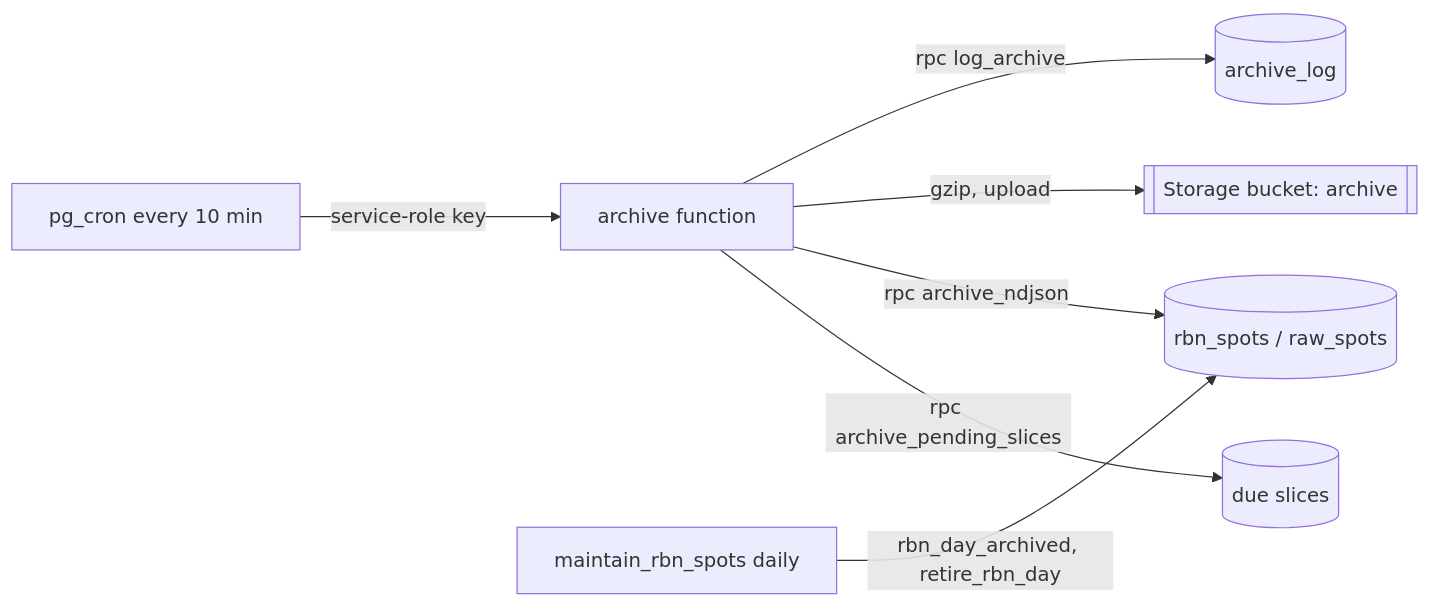
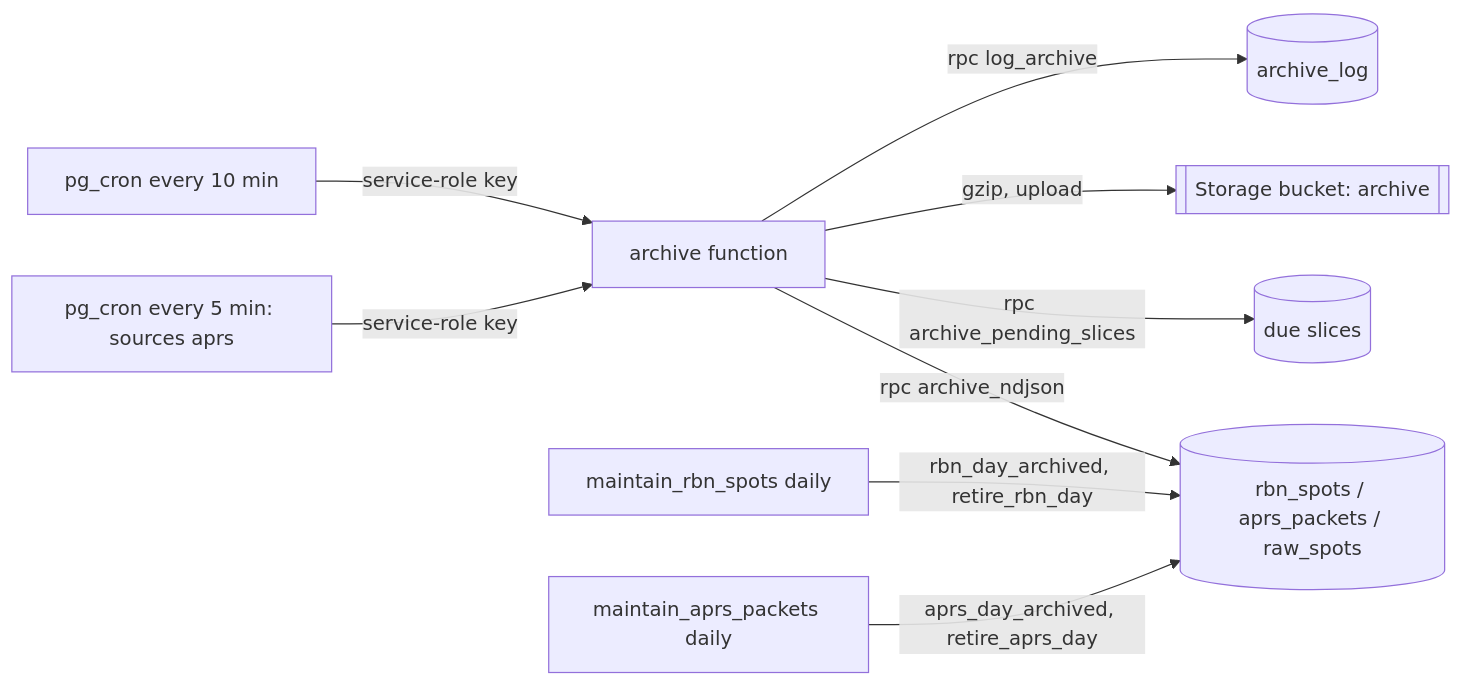
One commit to johnsonm/longlines changed the sixth of 11 diagrams in docs/ARCHITECTURE.md. Above: the diagram before and after it, drawn with Mermaid. The commit also changed other lines of this file and 37 other files, not shown here.

First line of the commit message:
Add APRS-IS as a fifth source: every packet on the full feed

````diff
--- a/docs/ARCHITECTURE.md
+++ b/docs/ARCHITECTURE.md
@@ -453,9 +491,11 @@
 ```mermaid
 flowchart LR
   CRON[pg_cron every 10 min] -- "service-role key" --> A[archive function]
+  CRONA[pg_cron every 5 min: sources aprs] -- "service-role key" --> A
   A -- "rpc archive_pending_slices" --> P[(due slices)]
-  A -- "rpc archive_ndjson" --> N[(rbn_spots / raw_spots)]
+  A -- "rpc archive_ndjson" --> N[(rbn_spots / aprs_packets / raw_spots)]
   A -- "gzip, upload" --> S[[Storage bucket: archive]]
   A -- "rpc log_archive" --> L[(archive_log)]
   M[maintain_rbn_spots daily] -- "rbn_day_archived, retire_rbn_day" --> N
+  MA[maintain_aprs_packets daily] -- "aprs_day_archived, retire_aprs_day" --> N
 ```
````
